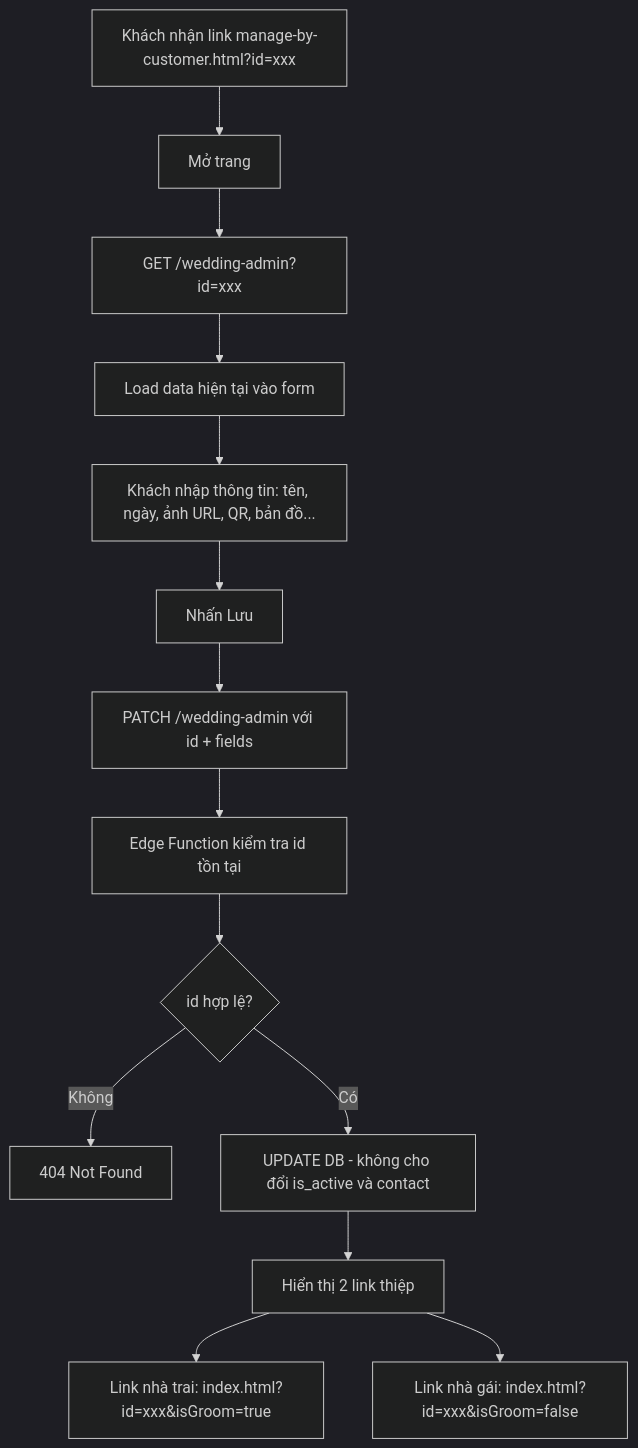
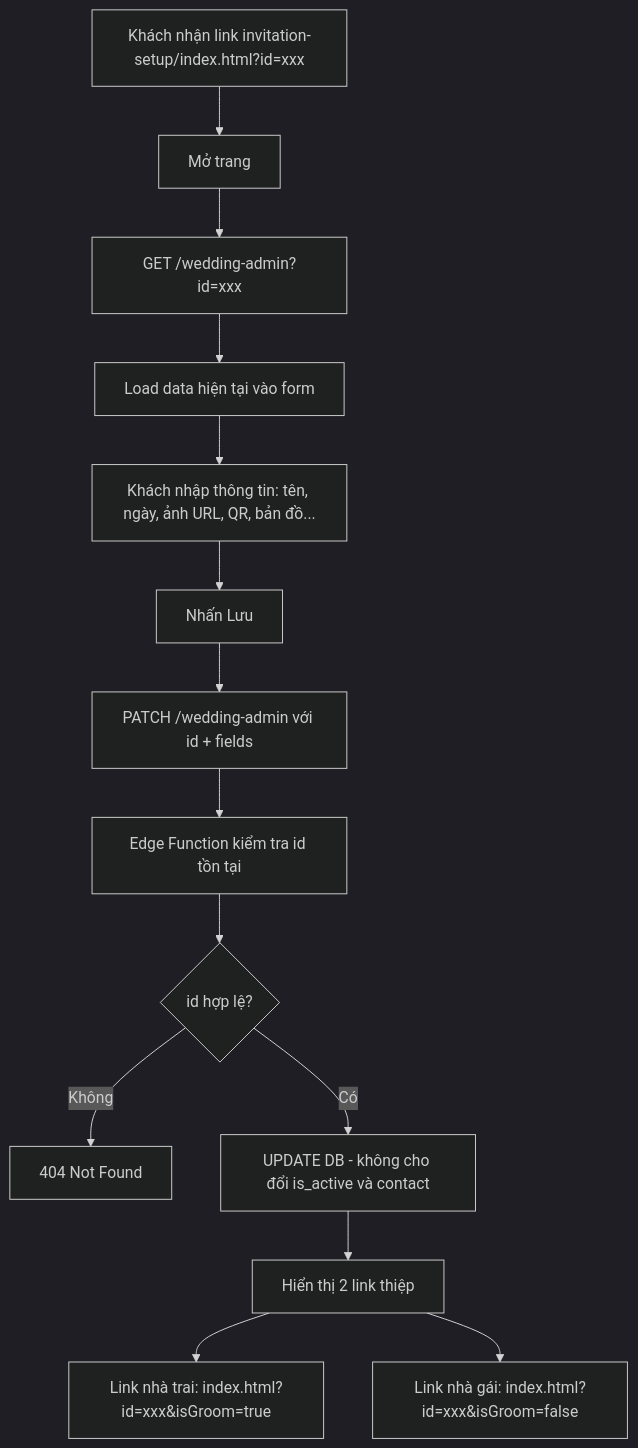
Before and after one commit to cuoixinh/cuoixinh.github.io: the second of 4 diagrams in documents/ARCHITECTURE.md, drawn with Mermaid (dark theme). The commit also changed other lines of this file and 27 other files, not shown here.

````diff
--- a/documents/ARCHITECTURE.md
+++ b/documents/ARCHITECTURE.md
@@ -63,16 +63,16 @@
 ```mermaid
 flowchart TD
-    A[Khách nhận link manage-by-customer.html?id=xxx] --> B[Mở trang]
+    A[Khách nhận link invitation-setup/index.html?id=xxx] --> B[Mở trang]
     B --> C[GET /wedding-admin?id=xxx]
     C --> D[Load data hiện tại vào form]
     D --> E[Khách nhập thông tin: tên, ngày, ảnh URL, QR, bản đồ...]
     E --> F[Nhấn Lưu]
     F --> G[PATCH /wedding-admin với id + fields]
     G --> H[Edge Function kiểm tra id tồn tại]
     H --> I{id hợp lệ?}
     I -->|Không| J[404 Not Found]
     I -->|Có| K[UPDATE DB - không cho đổi is_active và contact]
     K --> L[Hiển thị 2 link thiệp]
     L --> M[Link nhà trai: index.html?id=xxx&isGroom=true]
     L --> N[Link nhà gái: index.html?id=xxx&isGroom=false]
 ```
````
